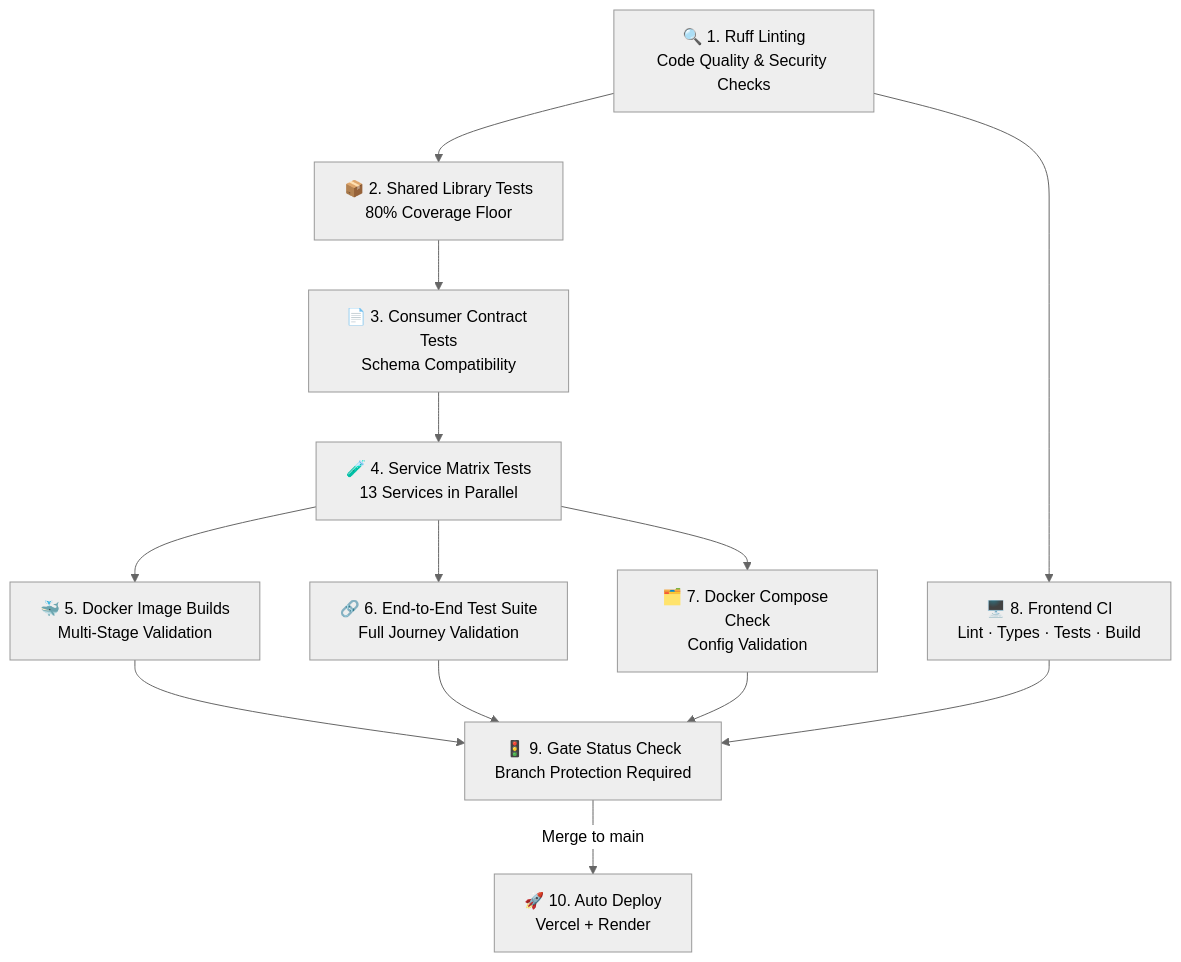
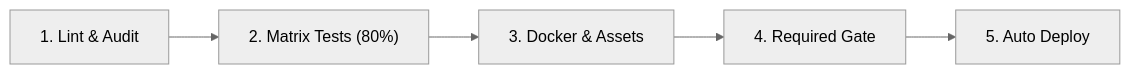
One commit to 24Chessman/ZeoAuction changed the second of 2 diagrams in docs/DEPLOYMENT.md. Above: the diagram before and after it, drawn with Mermaid (neutral theme). The commit also changed other lines of this file and 5 other files, not shown here.

````diff
--- a/docs/DEPLOYMENT.md
+++ b/docs/DEPLOYMENT.md
@@ -182,26 +132,4 @@
 ```mermaid
-flowchart TD
-    Lint["🔍 1. Ruff Linting\nCode Quality & Security Checks"]
-    SharedLib["📦 2. Shared Library Tests\n80% Coverage Floor"]
-    Contracts["📄 3. Consumer Contract Tests\nSchema Compatibility"]
-    Matrix["🧪 4. Service Matrix Tests\n13 Services in Parallel"]
-    Docker["🐳 5. Docker Image Builds\nMulti-Stage Validation"]
-    E2E["🔗 6. End-to-End Test Suite\nFull Journey Validation"]
-    Compose["🗂️ 7. Docker Compose Check\nConfig Validation"]
-    Frontend["🖥️ 8. Frontend CI\nLint · Types · Tests · Build"]
-    Gate["🚦 9. Gate Status Check\nBranch Protection Required"]
-    Deploy["🚀 10. Auto Deploy\nVercel + Render"]
-
-    Lint --> SharedLib
-    SharedLib --> Contracts
-    Contracts --> Matrix
-    Matrix --> Docker
-    Matrix --> E2E
-    Matrix --> Compose
-    Lint --> Frontend
-    Docker --> Gate
-    E2E --> Gate
-    Compose --> Gate
-    Frontend --> Gate
-    Gate -->|"Merge to main"| Deploy
+flowchart LR
+    Lint["1. Lint & Audit"] --> Tests["2. Matrix Tests (80%)"] --> Build["3. Docker & Assets"] --> Gate["4. Required Gate"] --> Deploy["5. Auto Deploy"]
 ```
````
